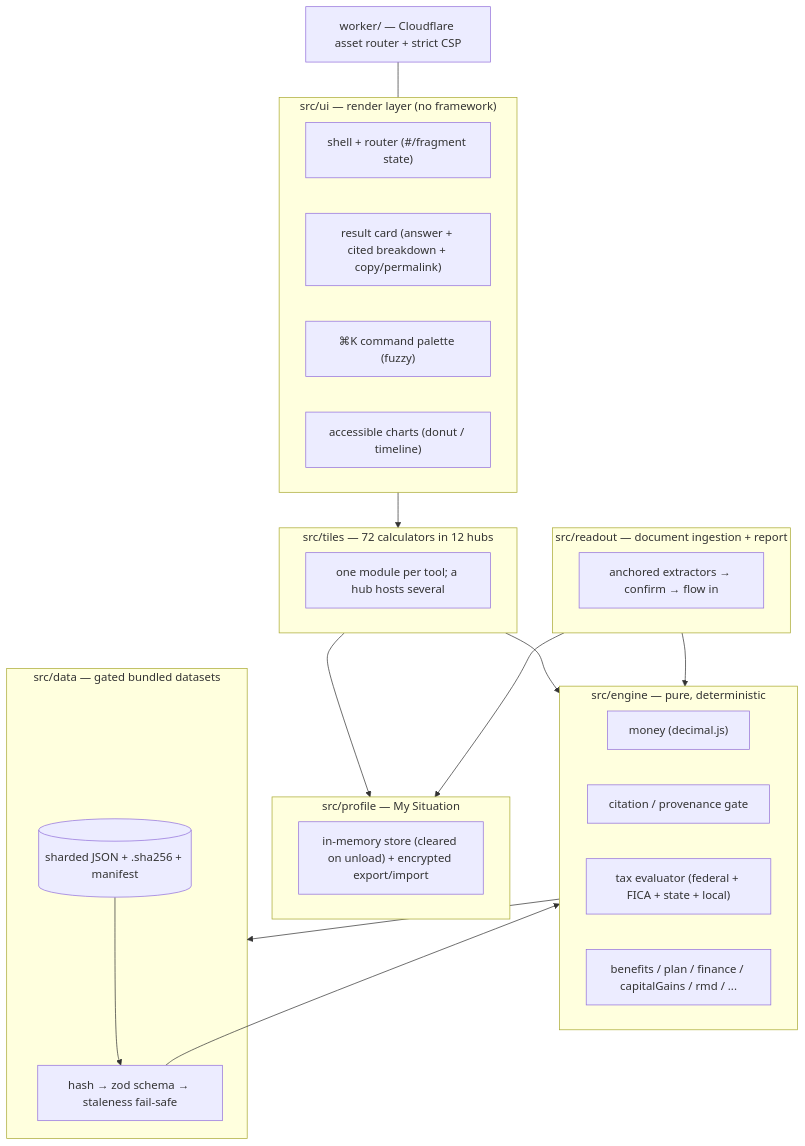
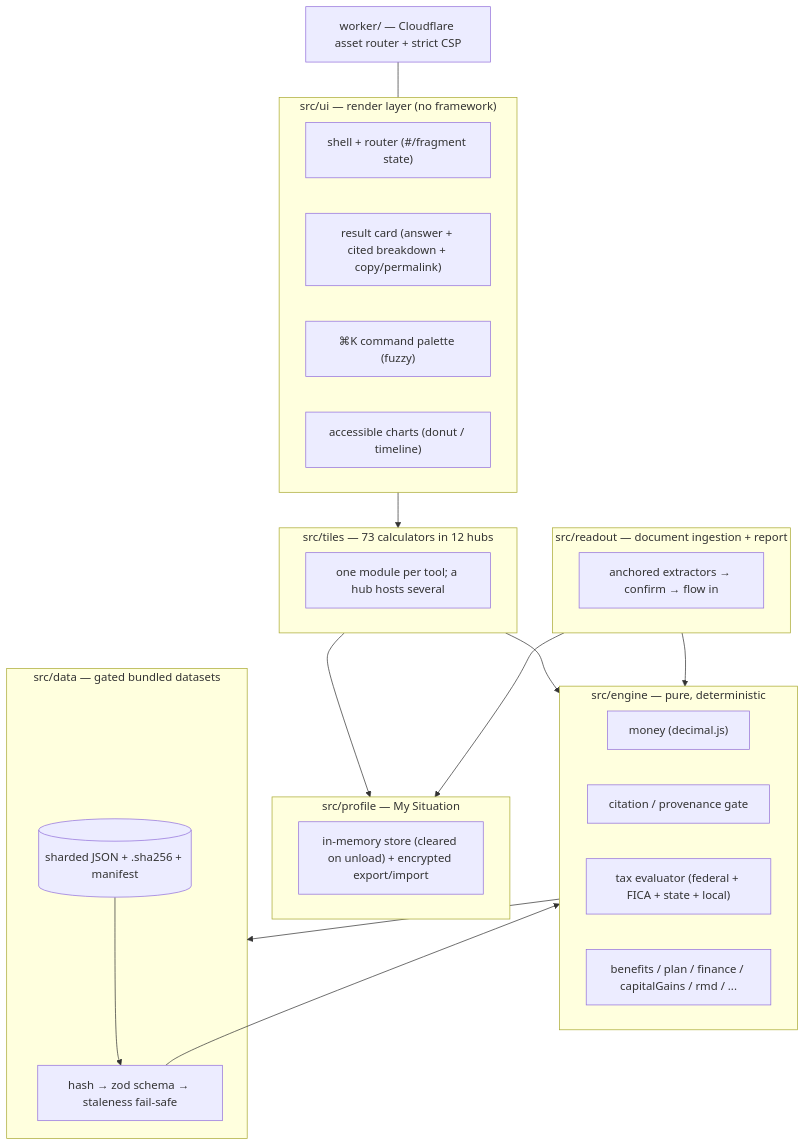
The second of 7 diagrams in docs/under-the-hood.md (clay-good/enklayve), drawn with Mermaid before and after one commit. The commit also changed other lines of this file and 27 other files, not shown here.

````diff
--- a/docs/under-the-hood.md
+++ b/docs/under-the-hood.md
@@ -300,36 +300,36 @@
 ```mermaid
 flowchart TD
     subgraph UI["src/ui — render layer (no framework)"]
         SH["shell + router (#/fragment state)"]
         RC["result card (answer + cited breakdown + copy/permalink)"]
         CP["⌘K command palette (fuzzy)"]
         CH["accessible charts (donut / timeline)"]
     end
-    subgraph TILES["src/tiles — 72 calculators in 12 hubs"]
+    subgraph TILES["src/tiles — 73 calculators in 12 hubs"]
         T1["one module per tool; a hub hosts several"]
     end
     subgraph PROFILE["src/profile — My Situation"]
         PS["in-memory store (cleared on unload) + encrypted export/import"]
     end
     subgraph READOUT["src/readout — document ingestion + report"]
         RX["anchored extractors → confirm → flow in"]
     end
     subgraph ENGINE["src/engine — pure, deterministic"]
         MN["money (decimal.js)"]
         CI["citation / provenance gate"]
         TAX["tax evaluator (federal + FICA + state + local)"]
         BEN["benefits / plan / finance / capitalGains / rmd / ..."]
     end
     subgraph DATA["src/data — gated bundled datasets"]
         LO["hash → zod schema → staleness fail-safe"]
         DS[("sharded JSON + .sha256 + manifest")]
     end
     TILES --> ENGINE
     READOUT --> ENGINE
     TILES --> PROFILE
     READOUT --> PROFILE
     UI --> TILES
     ENGINE --> DATA
     DS --> LO --> ENGINE
     WORKER["worker/ — Cloudflare asset router + strict CSP"] --- UI
 ```
````
